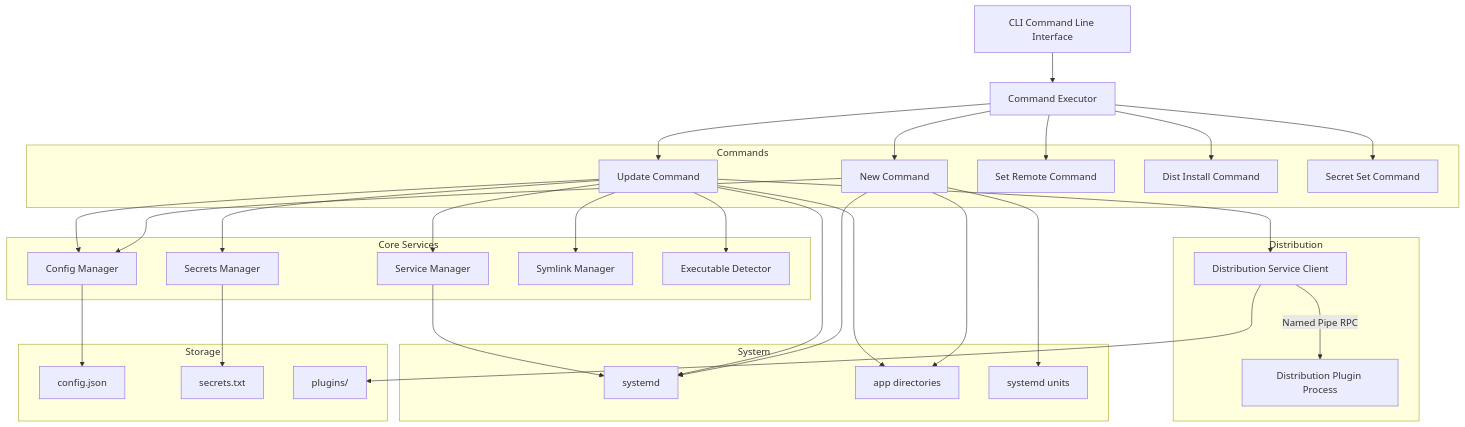
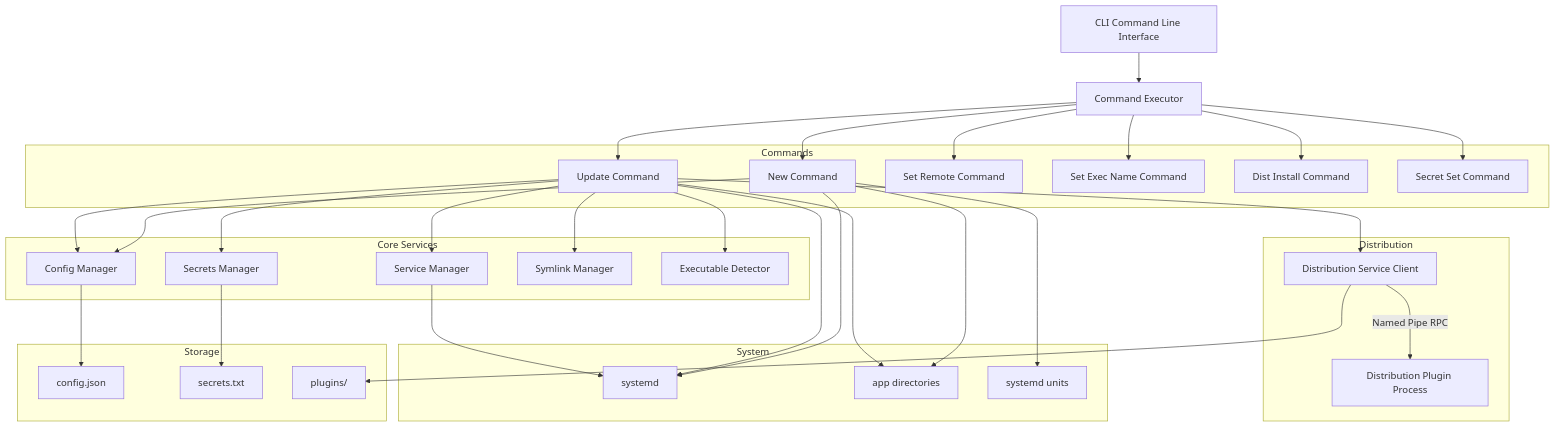
One commit to AdamTovatt/updaemon changed the first of 5 diagrams in README.md. Above: the diagram before and after it, drawn with Mermaid. The commit also changed other lines of this file and 12 other files, not shown here.

````diff
--- a/README.md
+++ b/README.md
@@ -38,66 +38,68 @@
 ```mermaid
 graph TB
     CLI[CLI Command Line Interface]
     Executor[Command Executor]
     
     subgraph Commands
         NewCmd[New Command]
         UpdateCmd[Update Command]
         SetRemoteCmd[Set Remote Command]
+        SetExecNameCmd[Set Exec Name Command]
         DistInstallCmd[Dist Install Command]
         SecretSetCmd[Secret Set Command]
     end
     
     subgraph Core Services
         ConfigMgr[Config Manager]
         SecretsMgr[Secrets Manager]
         ServiceMgr[Service Manager]
         SymlinkMgr[Symlink Manager]
         ExecDetector[Executable Detector]
     end
     
     subgraph Distribution
         DistClient[Distribution Service Client]
         Plugin[Distribution Plugin Process]
     end
     
     subgraph Storage
         ConfigFile["config.json"]
         SecretsFile["secrets.txt"]
         PluginFiles["plugins/"]
     end
     
     subgraph System
         Systemd[systemd]
         OptDir["app directories"]
         EtcDir["systemd units"]
     end
     
     CLI --> Executor
     Executor --> NewCmd
     Executor --> UpdateCmd
     Executor --> SetRemoteCmd
+    Executor --> SetExecNameCmd
     Executor --> DistInstallCmd
     Executor --> SecretSetCmd
     
     NewCmd --> ConfigMgr
     UpdateCmd --> ConfigMgr
     UpdateCmd --> SecretsMgr
     UpdateCmd --> ServiceMgr
     UpdateCmd --> SymlinkMgr
     UpdateCmd --> ExecDetector
     UpdateCmd --> DistClient
     
     ConfigMgr --> ConfigFile
     SecretsMgr --> SecretsFile
     
     DistClient -->|Named Pipe RPC| Plugin
     DistClient --> PluginFiles
     
     NewCmd --> Systemd
     UpdateCmd --> Systemd
     ServiceMgr --> Systemd
     NewCmd --> OptDir
     UpdateCmd --> OptDir
     NewCmd --> EtcDir
 ```
````
